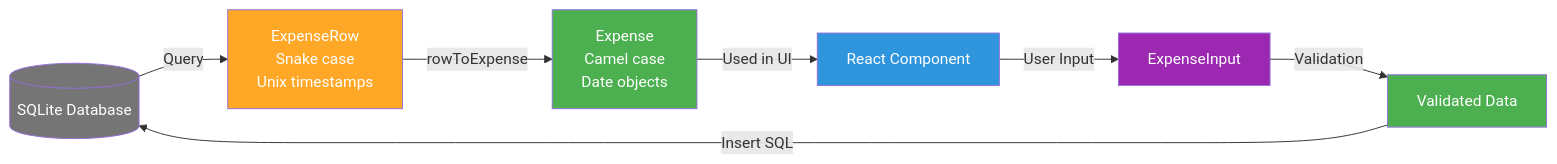
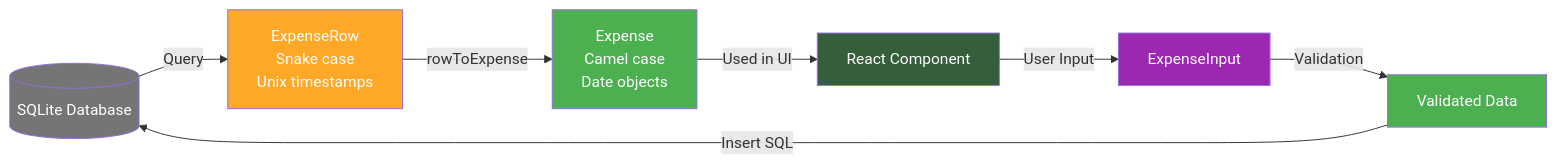
One commit to timhpark01/BasicBudget changed the fourth of 4 diagrams in docs/02-database-guide.mdx. Above: the diagram before and after it, drawn with Mermaid. The commit also changed other lines of this file and 43 other files, not shown here.

````diff
--- a/docs/02-database-guide.mdx
+++ b/docs/02-database-guide.mdx
@@ -665,21 +665,21 @@
 ```mermaid
 flowchart LR
     DB[(SQLite Database)] -->|Query| Row[ExpenseRow<br/>Snake case<br/>Unix timestamps]
 
     Row -->|rowToExpense| App[Expense<br/>Camel case<br/>Date objects]
 
     App -->|Used in UI| Component[React Component]
 
     Component -->|User Input| Input[ExpenseInput]
 
     Input -->|Validation| Valid[Validated Data]
 
     Valid -->|Insert SQL| DB
 
     style DB fill:#757575,color:#fff
     style Row fill:#FFA726,color:#fff
     style App fill:#4CAF50,color:#fff
-    style Component fill:#2f95dc,color:#fff
+    style Component fill:#355e3b,color:#fff
     style Input fill:#9C27B0,color:#fff
     style Valid fill:#4CAF50,color:#fff
 ```
````
